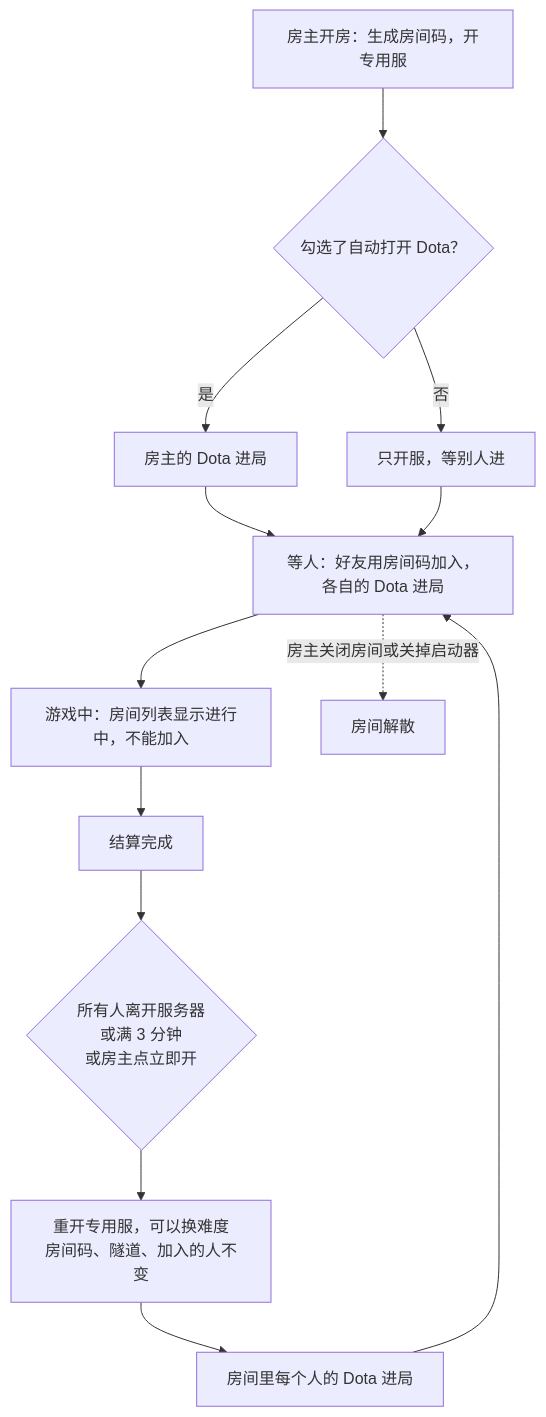
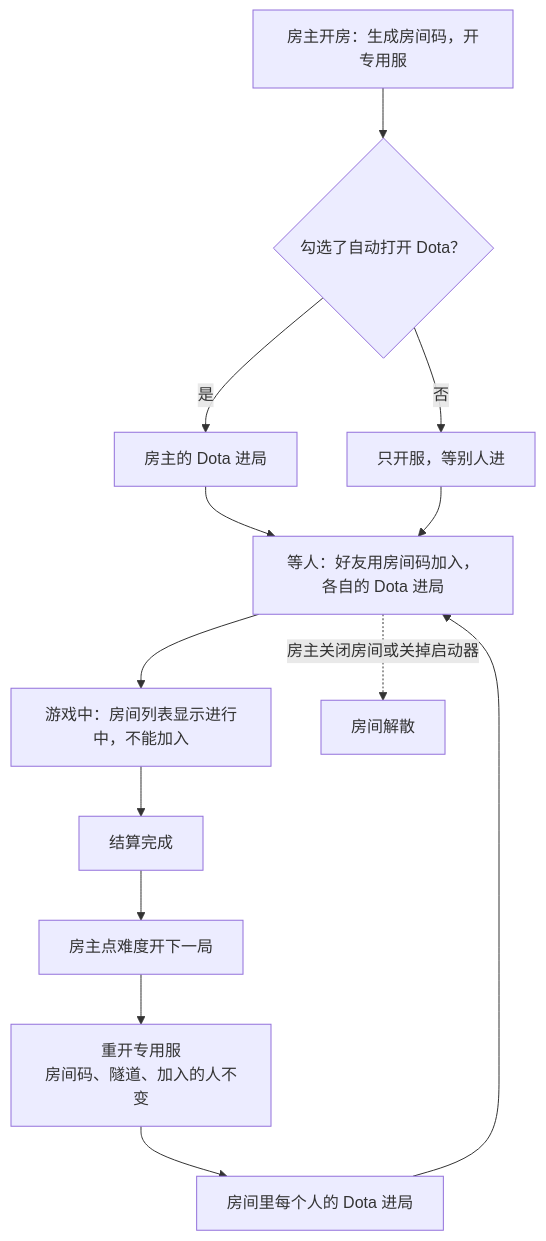
Before and after one commit to windy10v10ai/firebase: the first of 2 diagrams in docs/design/launcher-multiplayer/phase-7-continuous-room.md, drawn with Mermaid. The commit also changed other lines of this file, not shown here.

````diff
--- a/docs/design/launcher-multiplayer/phase-7-continuous-room.md
+++ b/docs/design/launcher-multiplayer/phase-7-continuous-room.md
@@ -40,15 +39,15 @@
 ```mermaid
 flowchart TD
   A[房主开房：生成房间码，开专用服] --> B{勾选了自动打开 Dota？}
   B -- 是 --> C[房主的 Dota 进局]
   B -- 否 --> D[只开服，等别人进]
   C --> E[等人：好友用房间码加入，各自的 Dota 进局]
   D --> E
   E --> F[游戏中：房间列表显示进行中，不能加入]
   F --> G[结算完成]
-  G --> H{所有人离开服务器<br/>或满 3 分钟<br/>或房主点立即开}
-  H --> I[重开专用服，可以换难度<br/>房间码、隧道、加入的人不变]
+  G --> H[房主点难度开下一局]
+  H --> I[重开专用服<br/>房间码、隧道、加入的人不变]
   I --> J[房间里每个人的 Dota 进局]
   J --> E
   E -. 房主关闭房间或关掉启动器 .-> K[房间解散]
 ```
````
